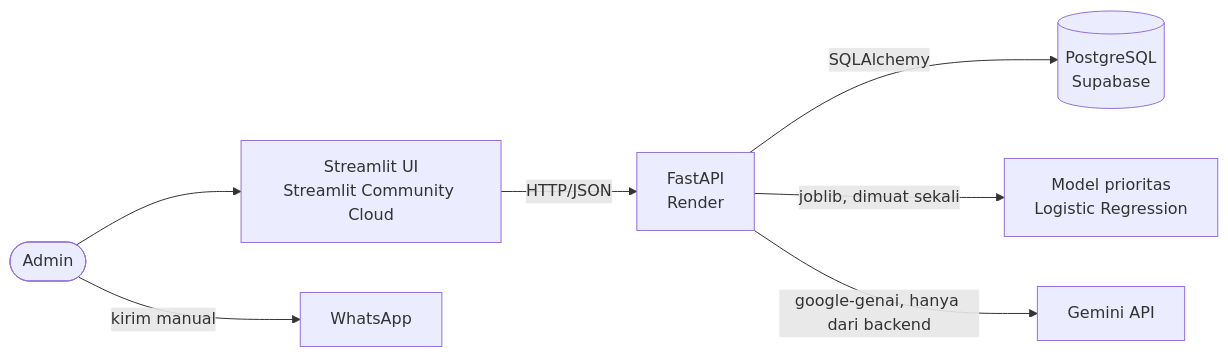
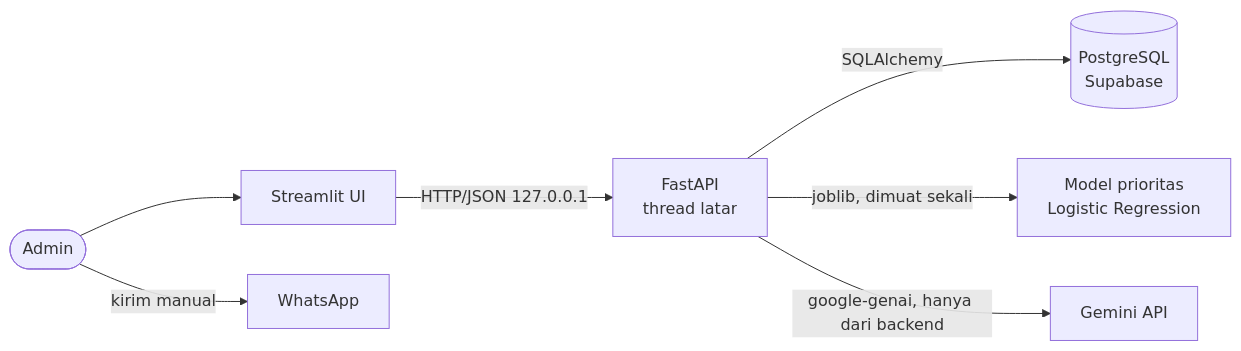
One commit to eugeniahwd/gymnasium-smart-reminder changed the second of 2 diagrams in README.md. Above: the diagram before and after it, drawn with Mermaid. The commit also changed other lines of this file and 14 other files, not shown here.

Commit message:
feat: single-app deploy on Streamlit Community Cloud (UI + embedded API)

````diff
--- a/README.md
+++ b/README.md
@@ -104,9 +104,9 @@
 ```mermaid
 flowchart LR
-    Admin([Admin]) --> UI[Streamlit UI<br/>Streamlit Community Cloud]
-    UI -->|HTTP/JSON| API[FastAPI<br/>Render]
+    Admin([Admin]) --> UI[Streamlit UI]
+    UI -->|HTTP/JSON 127.0.0.1| API[FastAPI<br/>thread latar]
     API -->|SQLAlchemy| DB[(PostgreSQL<br/>Supabase)]
     API -->|joblib, dimuat sekali| ML[Model prioritas<br/>Logistic Regression]
     API -->|google-genai, hanya dari backend| GEM[Gemini API]
     Admin -->|kirim manual| WA[WhatsApp]
 ```
````
